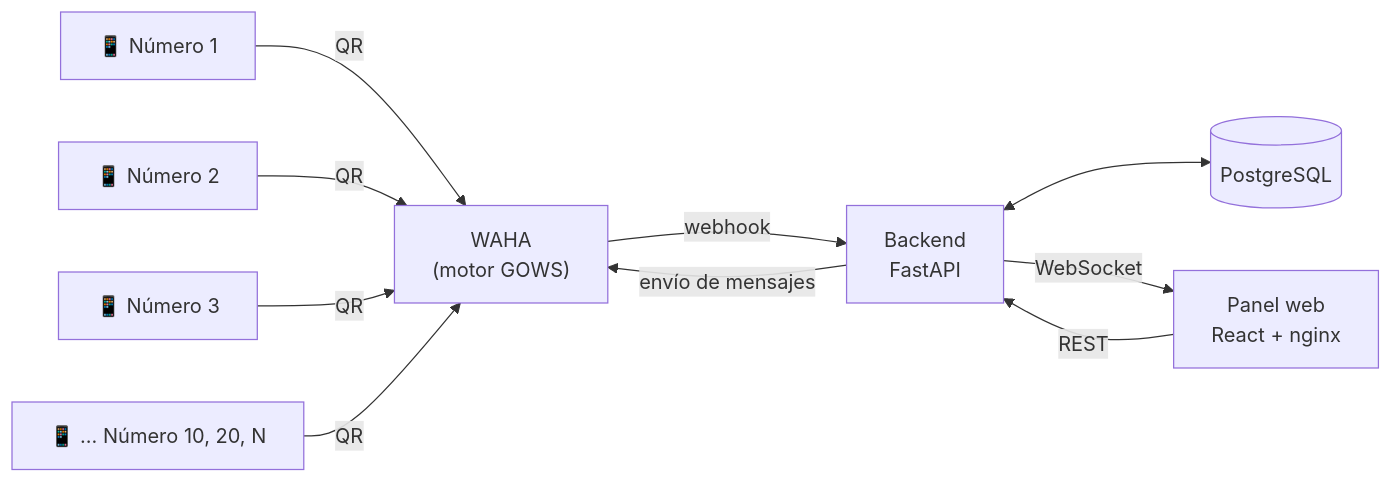
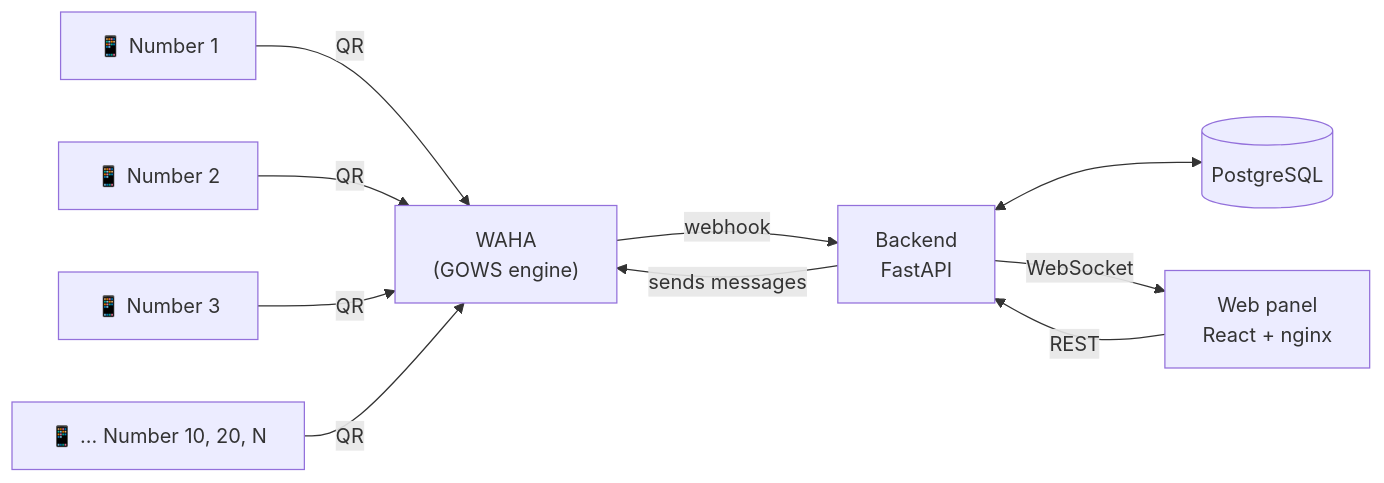
Before and after one commit to lorenzo00005/universia-control: the first of 2 diagrams in README.md, drawn with Mermaid. The commit also changed other lines of this file, not shown here.

````diff
--- a/README.md
+++ b/README.md
@@ -59,12 +59,12 @@
 ```mermaid
 flowchart LR
-    T1[📱 Número 1] -- QR --> W
-    T2[📱 Número 2] -- QR --> W
-    T3[📱 Número 3] -- QR --> W
-    TN[📱 ... Número 10, 20, N] -- QR --> W
-    W["WAHA<br/>(motor GOWS)"] -- webhook --> B["Backend<br/>FastAPI"]
-    B -- envío de mensajes --> W
+    T1[📱 Number 1] -- QR --> W
+    T2[📱 Number 2] -- QR --> W
+    T3[📱 Number 3] -- QR --> W
+    TN[📱 ... Number 10, 20, N] -- QR --> W
+    W["WAHA<br/>(GOWS engine)"] -- webhook --> B["Backend<br/>FastAPI"]
+    B -- sends messages --> W
     B <--> DB[("PostgreSQL")]
-    B -- WebSocket --> F["Panel web<br/>React + nginx"]
+    B -- WebSocket --> F["Web panel<br/>React + nginx"]
     F -- REST --> B
 ```
````
